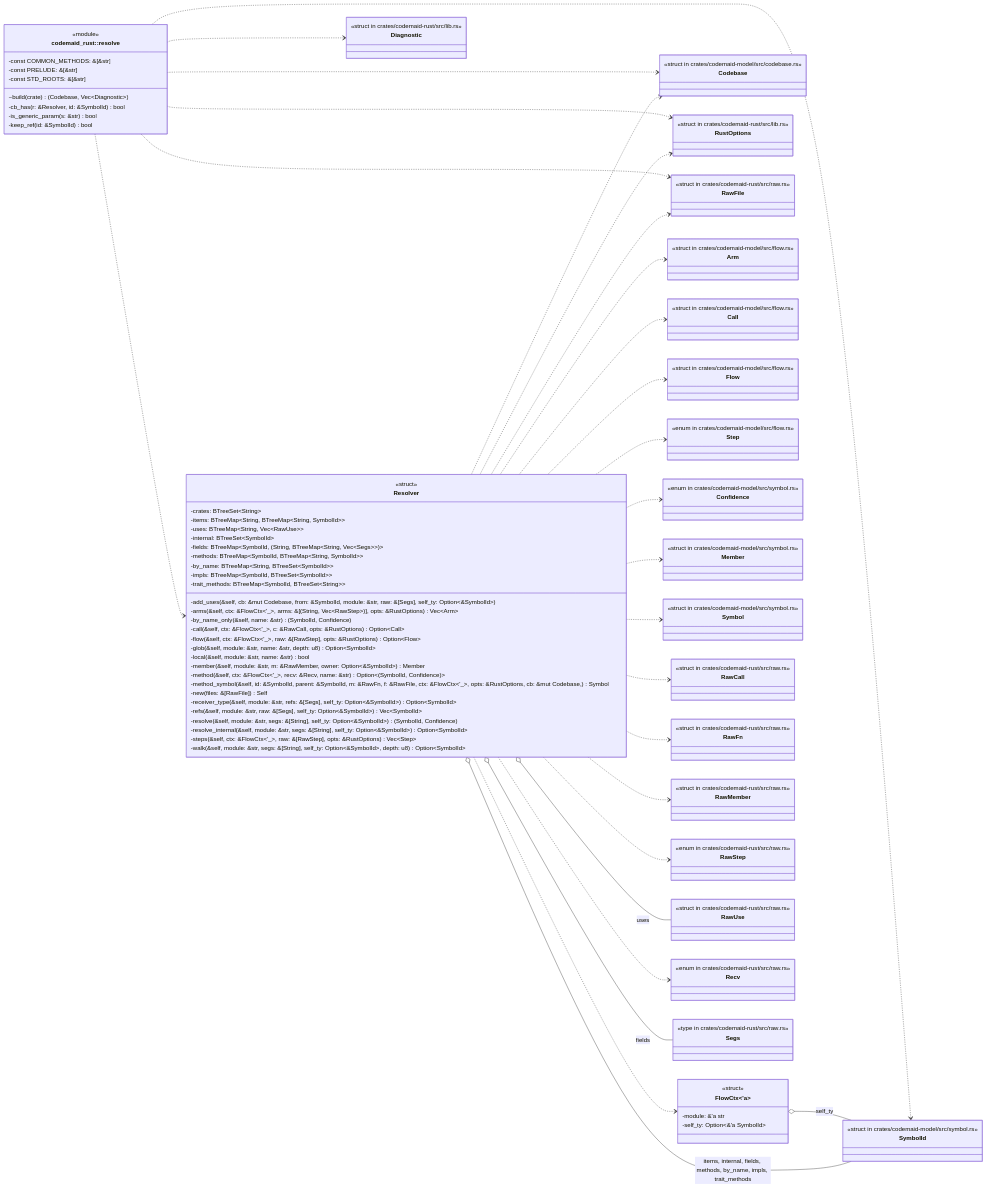
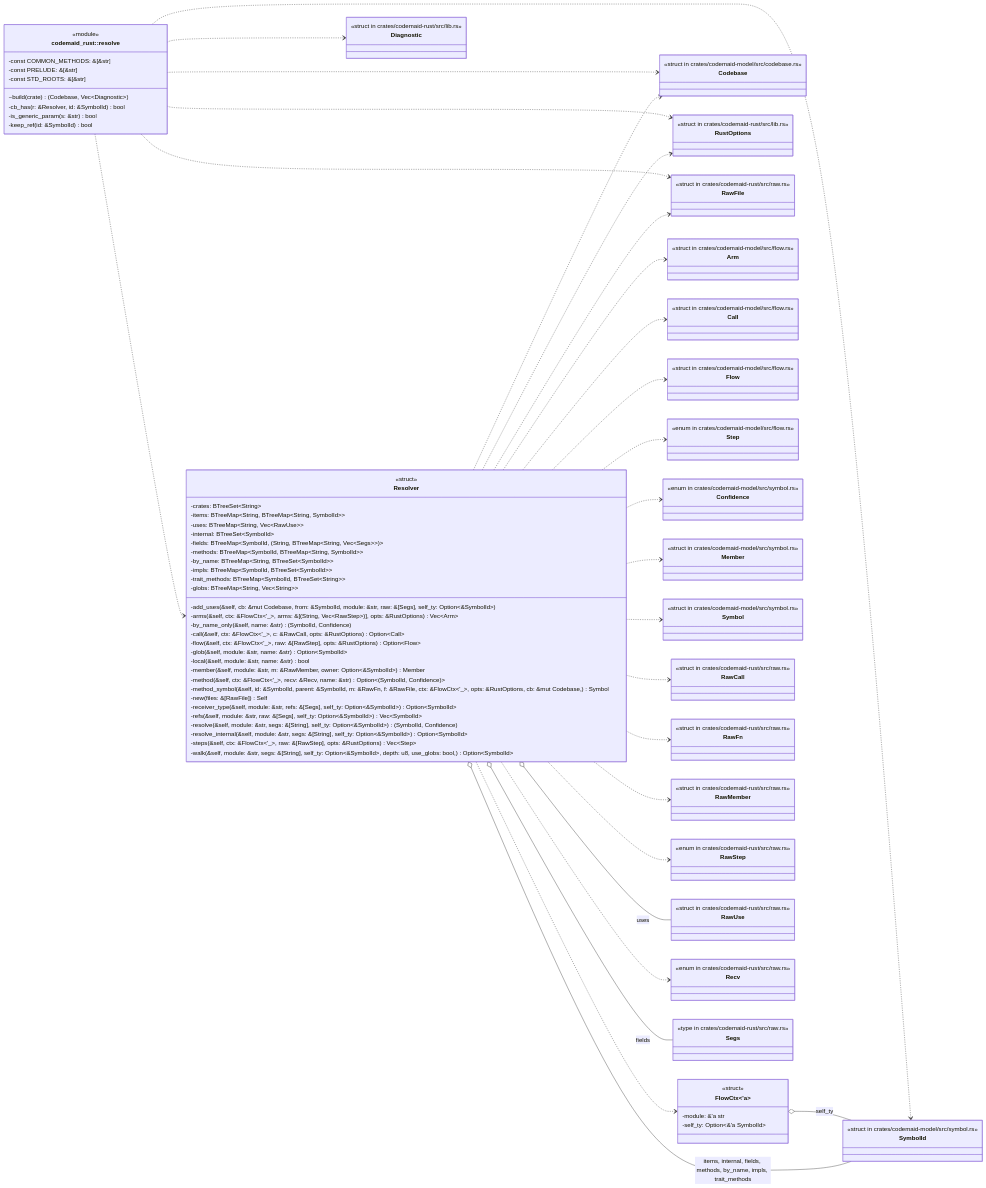
One commit to DreamLab-AI/codemaid changed the first of 18 diagrams in docs/codemaid/crates/codemaid-rust/src/resolve.rs.md. Above: the diagram before and after it, drawn with Mermaid. The commit also changed other lines of this file and 29 other files, not shown here.

```diff
--- a/docs/codemaid/crates/codemaid-rust/src/resolve.rs.md
+++ b/docs/codemaid/crates/codemaid-rust/src/resolve.rs.md
@@ -30,12 +30,13 @@
     -by_name: BTreeMap#lt;String, BTreeSet#lt;SymbolId#gt;#gt;
     -impls: BTreeMap#lt;SymbolId, BTreeSet#lt;SymbolId#gt;#gt;
     -trait_methods: BTreeMap#lt;SymbolId, BTreeSet#lt;String#gt;#gt;
+    -globs: BTreeMap#lt;String, Vec#lt;String#gt;#gt;
     -add_uses(&self, cb: &mut Codebase, from: &SymbolId, module: &str, raw: &[Segs], self_ty: Option#lt;&SymbolId#gt;)
     -arms(&self, ctx: &FlowCtx#lt;'_#gt;, arms: &[#40;String, Vec#lt;RawStep#gt;#41;], opts: &RustOptions) Vec#lt;Arm#gt;
     -by_name_only(&self, name: &str) #40;SymbolId, Confidence#41;
     -call(&self, ctx: &FlowCtx#lt;'_#gt;, c: &RawCall, opts: &RustOptions) Option#lt;Call#gt;
     -flow(&self, ctx: &FlowCtx#lt;'_#gt;, raw: &[RawStep], opts: &RustOptions) Option#lt;Flow#gt;
-    -glob(&self, module: &str, name: &str, depth: u8) Option#lt;SymbolId#gt;
+    -glob(&self, module: &str, name: &str) Option#lt;SymbolId#gt;
     -local(&self, module: &str, name: &str) bool
     -member(&self, module: &str, m: &RawMember, owner: Option#lt;&SymbolId#gt;) Member
     -method(&self, ctx: &FlowCtx#lt;'_#gt;, recv: &Recv, name: &str) Option#lt;#40;SymbolId, Confidence#41;#gt;
@@ -46,7 +47,7 @@
     -resolve(&self, module: &str, segs: &[String], self_ty: Option#lt;&SymbolId#gt;) #40;SymbolId, Confidence#41;
     -resolve_internal(&self, module: &str, segs: &[String], self_ty: Option#lt;&SymbolId#gt;) Option#lt;SymbolId#gt;
     -steps(&self, ctx: &FlowCtx#lt;'_#gt;, raw: &[RawStep], opts: &RustOptions) Vec#lt;Step#gt;
-    -walk(&self, module: &str, segs: &[String], self_ty: Option#lt;&SymbolId#gt;, depth: u8) Option#lt;SymbolId#gt;
+    -walk(&self, module: &str, segs: &[String], self_ty: Option#lt;&SymbolId#gt;, depth: u8, use_globs: bool,) Option#lt;SymbolId#gt;
   }
   class codemaid_rust__resolve["codemaid_rust::resolve"] {
     <<module>>
```
